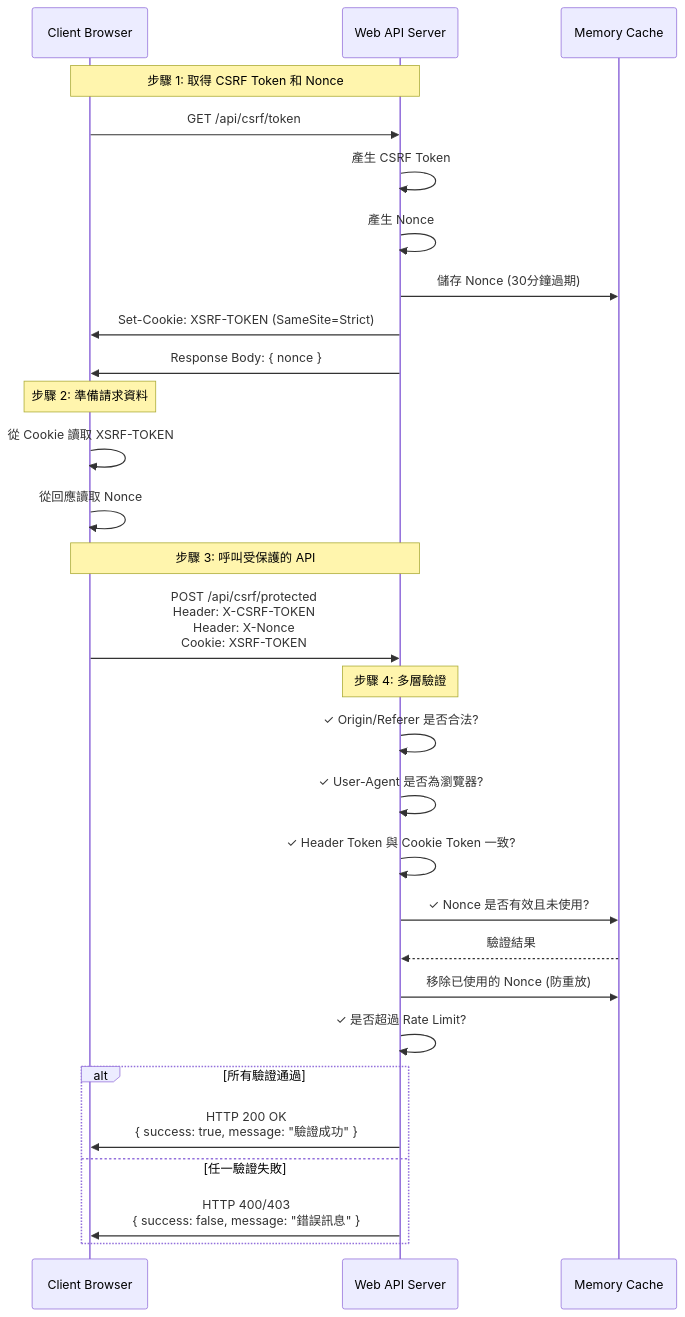
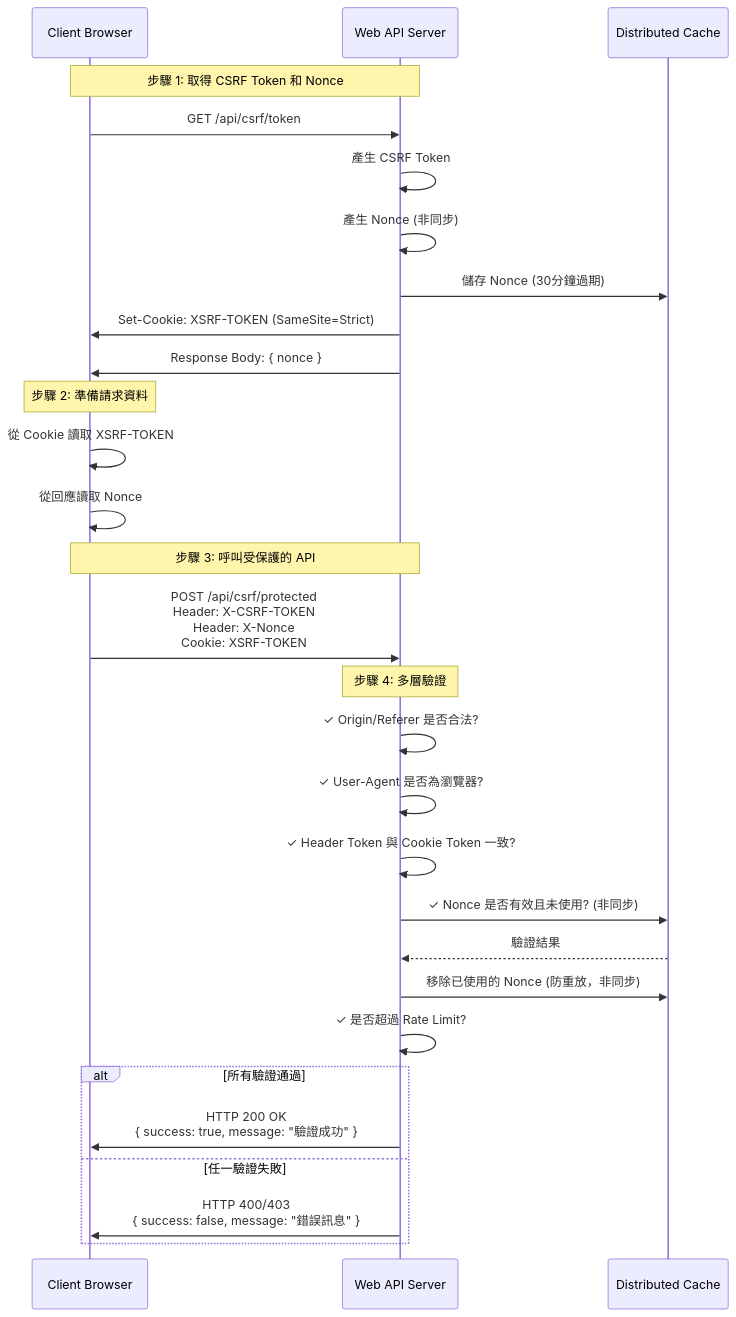
Before and after one commit to yaochangyu/sample.dotblog: the diagram in WebAPI/Lab.CSRF/blog-article.md, drawn with Mermaid. The commit also changed other lines of this file and 4 other files, not shown here.

Commit message:
✨ feat(csrf): 更新 CSRF 防護機制，將 Token Nonce 提供者改為使用 IDistributedCache，並將相關方法改為非同步操作，增強安全性與效能

````diff
--- a/WebAPI/Lab.CSRF/blog-article.md
+++ b/WebAPI/Lab.CSRF/blog-article.md
@@ -28,36 +28,36 @@
 ```mermaid
 sequenceDiagram
     participant Client as Client Browser
     participant Server as Web API Server
-    participant Cache as Memory Cache
+    participant Cache as Distributed Cache
     
     Note over Client,Server: 步驟 1: 取得 CSRF Token 和 Nonce
     Client->>Server: GET /api/csrf/token
     Server->>Server: 產生 CSRF Token
-    Server->>Server: 產生 Nonce
+    Server->>Server: 產生 Nonce (非同步)
     Server->>Cache: 儲存 Nonce (30分鐘過期)
     Server->>Client: Set-Cookie: XSRF-TOKEN (SameSite=Strict)
     Server->>Client: Response Body: { nonce }
     
     Note over Client: 步驟 2: 準備請求資料
     Client->>Client: 從 Cookie 讀取 XSRF-TOKEN
     Client->>Client: 從回應讀取 Nonce
     
     Note over Client,Server: 步驟 3: 呼叫受保護的 API
     Client->>Server: POST /api/csrf/protected<br/>Header: X-CSRF-TOKEN<br/>Header: X-Nonce<br/>Cookie: XSRF-TOKEN
     
     Note over Server: 步驟 4: 多層驗證
     Server->>Server: ✓ Origin/Referer 是否合法?
     Server->>Server: ✓ User-Agent 是否為瀏覽器?
     Server->>Server: ✓ Header Token 與 Cookie Token 一致?
-    Server->>Cache: ✓ Nonce 是否有效且未使用?
+    Server->>Cache: ✓ Nonce 是否有效且未使用? (非同步)
     Cache-->>Server: 驗證結果
-    Server->>Cache: 移除已使用的 Nonce (防重放)
+    Server->>Cache: 移除已使用的 Nonce (防重放，非同步)
     Server->>Server: ✓ 是否超過 Rate Limit?
     
     alt 所有驗證通過
         Server->>Client: HTTP 200 OK<br/>{ success: true, message: "驗證成功" }
     else 任一驗證失敗
         Server->>Client: HTTP 400/403<br/>{ success: false, message: "錯誤訊息" }
     end
 ```
````
